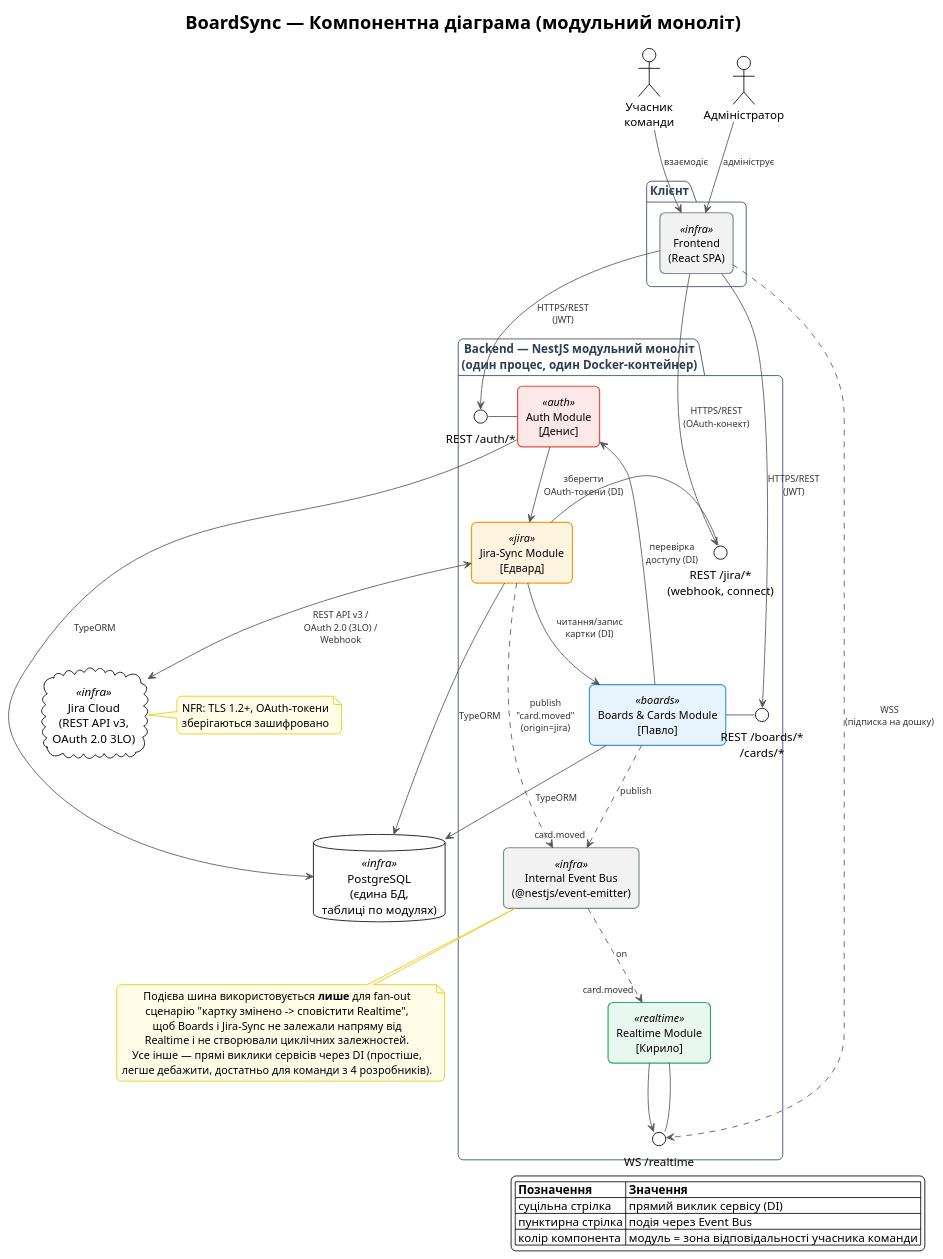
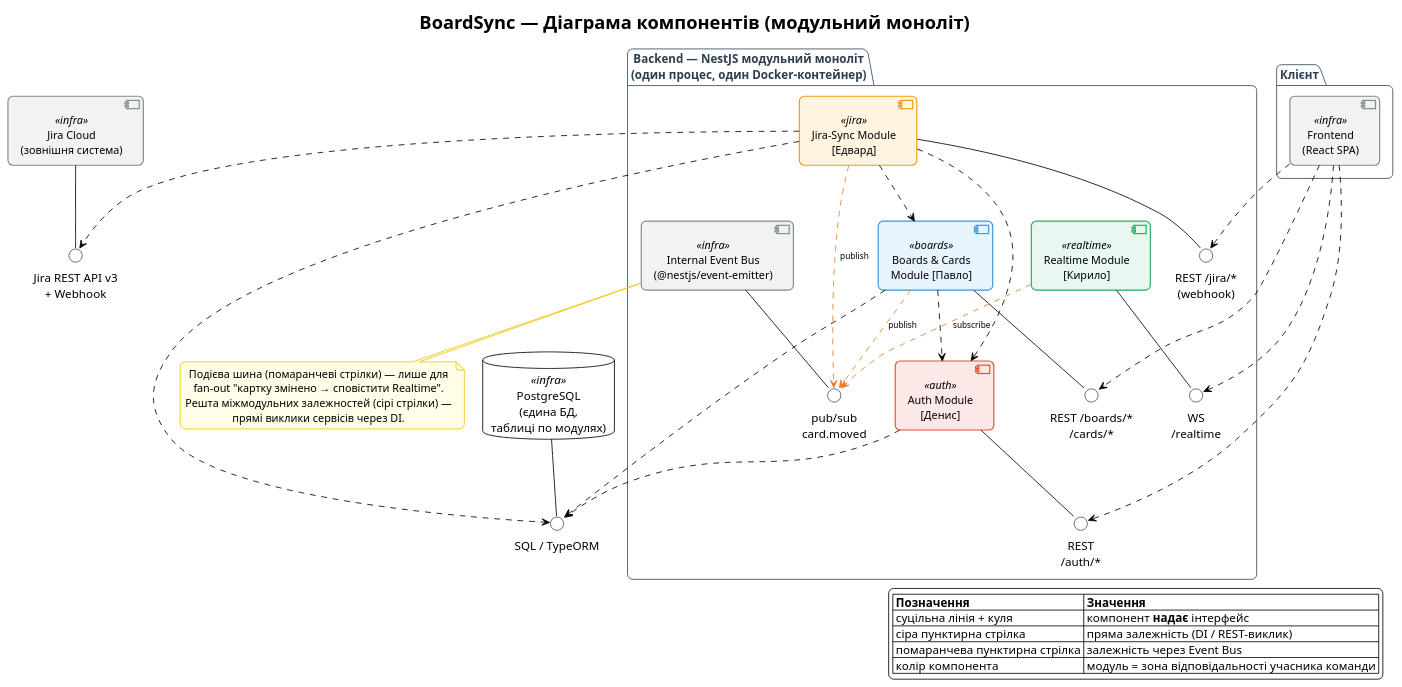
One commit to inryceu/3-course-sd-lifecycle-fe changed the diagram in docs/declarative/01-component.puml. Above: the diagram before and after it, drawn with PlantUML. The commit also changed 1 other file, not shown here.

Commit message:
feat: provided 01-component

```diff
--- a/docs/declarative/01-component.puml
+++ b/docs/declarative/01-component.puml
@@ -1,127 +1,131 @@
 @startuml 01-component-diagram
 !theme plain
-title BoardSync — Компонентна діаграма (модульний моноліт)
+title BoardSync — Діаграма компонентів (модульний моноліт)
 
 skinparam backgroundColor #FFFFFF
 skinparam shadowing false
 skinparam roundCorner 12
-skinparam componentStyle rectangle
+skinparam componentStyle uml2
 skinparam defaultTextAlignment center
-skinparam ArrowColor #555555
-skinparam ArrowFontColor #333333
-skinparam ArrowFontSize 11
+skinparam nodesep 22
+skinparam ranksep 50
+skinparam ArrowFontSize 10
 skinparam component {
   BorderThickness 1.4
   FontSize 13
 }
 skinparam package {
   BorderColor #34495E
   FontColor #2C3E50
   FontStyle bold
+}
+skinparam interface {
+  BackgroundColor #FFFFFF
+  BorderColor #555555
 }
 skinparam note {
   BackgroundColor #FFFDE7
   BorderColor #F1C40F
 }
 
 skinparam component<<auth>> {
   BackgroundColor #FDE8E8
   BorderColor #E74C3C
 }
 skinparam component<<boards>> {
   BackgroundColor #E8F4FD
   BorderColor #3498DB
 }
 skinparam component<<jira>> {
   BackgroundColor #FFF4E0
   BorderColor #F39C12
 }
 skinparam component<<realtime>> {
   BackgroundColor #E8F8F0
   BorderColor #27AE60
 }
 skinparam component<<infra>> {
   BackgroundColor #F2F2F2
   BorderColor #7F8C8D
 }
 
-actor "Учасник\nкоманди" as User
-actor "Адміністратор" as Admin
-
+' ===== Клієнт (зверху) =====
 package "Клієнт" {
   component "Frontend\n(React SPA)" as FE <<infra>>
 }
 
+' ===== Backend: порядок зліва направо підібраний так,\n     щоб більшість залежностей були між сусідами =====
 package "Backend — NestJS модульний моноліт\n(один процес, один Docker-контейнер)" as Backend {
 
   component "Auth Module\n[Денис]" as Auth <<auth>>
-  interface "REST /auth/*" as IAuth
-
-  component "Boards & Cards Module\n[Павло]" as Boards <<boards>>
-  interface "REST /boards/*\n/cards/*" as IBoards
+  interface "REST\n/auth/*" as IAuth
+  Auth -down- IAuth
 
   component "Jira-Sync Module\n[Едвард]" as Jira <<jira>>
-  interface "REST /jira/*\n(webhook, connect)" as IJira
+  interface "REST /jira/*\n(webhook)" as IJira
+  Jira -down- IJira
+
+  component "Boards & Cards\nModule [Павло]" as Boards <<boards>>
+  interface "REST /boards/*\n/cards/*" as IBoards
+  Boards -down- IBoards
+
+  component "Internal Event Bus\n(@nestjs/event-emitter)" as Bus <<infra>>
+  interface "pub/sub\ncard.moved" as IBus
+  Bus -down- IBus
 
   component "Realtime Module\n[Кирило]" as RT <<realtime>>
-  interface "WS /realtime" as IRT
-
-  component "Internal Event Bus\n(@nestjs/event-emitter)" as Bus <<infra>>
-
-  IAuth - Auth
-  IBoards - Boards
-  IJira - Jira
-  IRT - RT
+  interface "WS\n/realtime" as IRT
+  RT -down- IRT
 }
 
+' ===== Зовнішні системи (знизу, під тими, хто їх використовує) =====
 database "PostgreSQL\n(єдина БД,\nтаблиці по модулях)" as DB <<infra>>
-cloud "Jira Cloud\n(REST API v3,\nOAuth 2.0 3LO)" as JiraCloud <<infra>>
+interface "SQL / TypeORM" as IDB
+DB -down- IDB
 
-' --- Клієнт -> Backend ---
-User --> FE : взаємодіє
-Admin --> FE : адмініструє
-FE --> IAuth : HTTPS/REST\n(JWT)
-FE --> IBoards : HTTPS/REST\n(JWT)
-FE --> IJira : HTTPS/REST\n(OAuth-конект)
-FE ..> IRT : WSS\n(підписка на дошку)
+component "Jira Cloud\n(зовнішня система)" as JiraCloud <<infra>>
+interface "Jira REST API v3\n+ Webhook" as IJC
+JiraCloud -down- IJC
 
-' --- Прямі виклики сервісів (DI), в межах монолiта ---
-Boards --> Auth : перевірка\nдоступу (DI)
-Jira --> Boards : читання/запис\nкартки (DI)
-Auth --> Jira : зберегти\nOAuth-токени (DI)
+' ================= Залежності =================
 
-' --- Взаємодія через подію (щоб уникнути прямої залежності\nBoards/Jira -> Realtime і петлі синхронізації) ---
-Boards ..> Bus : publish\n"card.moved"
-Jira ..> Bus : publish\n"card.moved"\n(origin=jira)
-Bus ..> RT : on "card.moved"
+' -- Клієнт -> публічні REST/WS інтерфейси модулів (без підписів, дублюють ім'я інтерфейсу) --
+FE ..> IAuth
+FE ..> IJira
+FE ..> IBoards
+FE ..> IRT
 
-RT --> IRT
+' -- Прямі внутрішні DI-залежності між модулями (без окремого інтерфейсу — пряма інʼєкція сервісу) --
+Jira ..> Auth
+Boards ..> Auth
+Jira ..> Boards
 
-' --- Зовнішні системи ---
-Auth --> DB : TypeORM
-Boards --> DB : TypeORM
-Jira --> DB : TypeORM
-Jira <--> JiraCloud : REST API v3 /\nOAuth 2.0 (3LO) /\nWebhook
+' -- Залежність від БД --
+Auth ..> IDB
+Jira ..> IDB
+Boards ..> IDB
+
+' -- Залежність від зовнішньої Jira Cloud --
+Jira ..> IJC
+
+' -- Подієва взаємодія через Event Bus (тільки тут — fan-out до Realtime) --
+Boards .[#E67E22].> IBus : publish
+Jira .[#E67E22].> IBus : publish
+RT .[#E67E22].> IBus : subscribe
 
 note bottom of Bus
-  Подієва шина використовується **лише** для fan-out
-  сценарію "картку змінено -> сповістити Realtime",
-  щоб Boards і Jira-Sync не залежали напряму від
-  Realtime і не створювали циклічних залежностей.
-  Усе інше — прямі виклики сервісів через DI (простіше,
-  легше дебажити, достатньо для команди з 4 розробників).
-end note
-
-note right of JiraCloud
-  NFR: TLS 1.2+, OAuth-токени
-  зберігаються зашифровано
+  Подієва шина (помаранчеві стрілки) — лише для
+  fan-out "картку змінено → сповістити Realtime".
+  Решта міжмодульних залежностей (сірі стрілки) —
+  прямі виклики сервісів через DI.
 end note
 
 legend right
   |= Позначення |= Значення |
-  | суцільна стрілка | прямий виклик сервісу (DI) |
-  | пунктирна стрілка | подія через Event Bus |
+  | суцільна лінія + куля | компонент **надає** інтерфейс |
+  | сіра пунктирна стрілка | пряма залежність (DI / REST-виклик) |
+  | помаранчева пунктирна стрілка | залежність через Event Bus |
   | колір компонента | модуль = зона відповідальності учасника команди |
 endlegend
 
 @enduml
```
